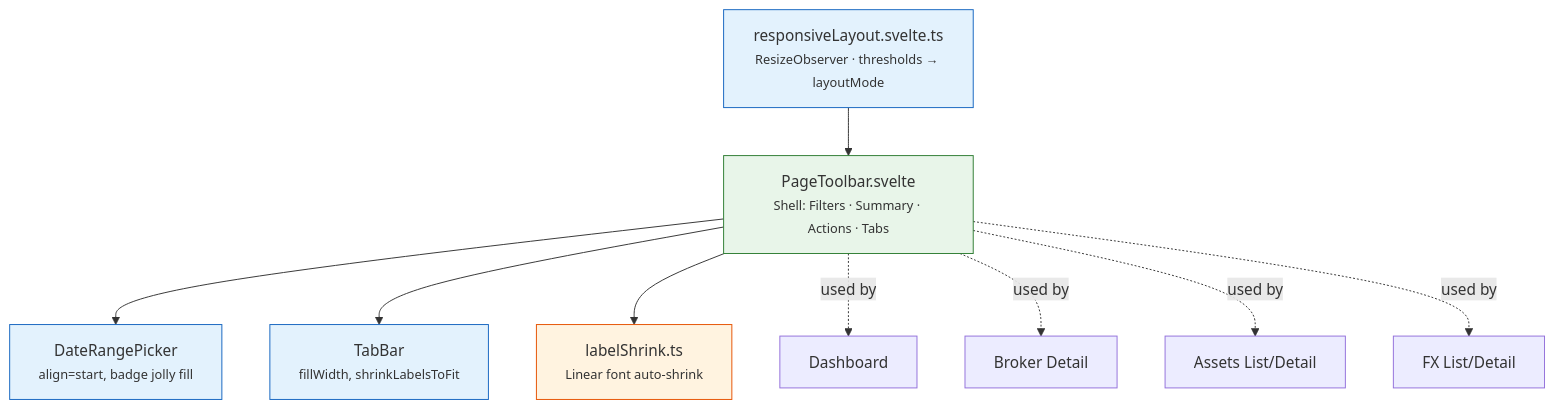
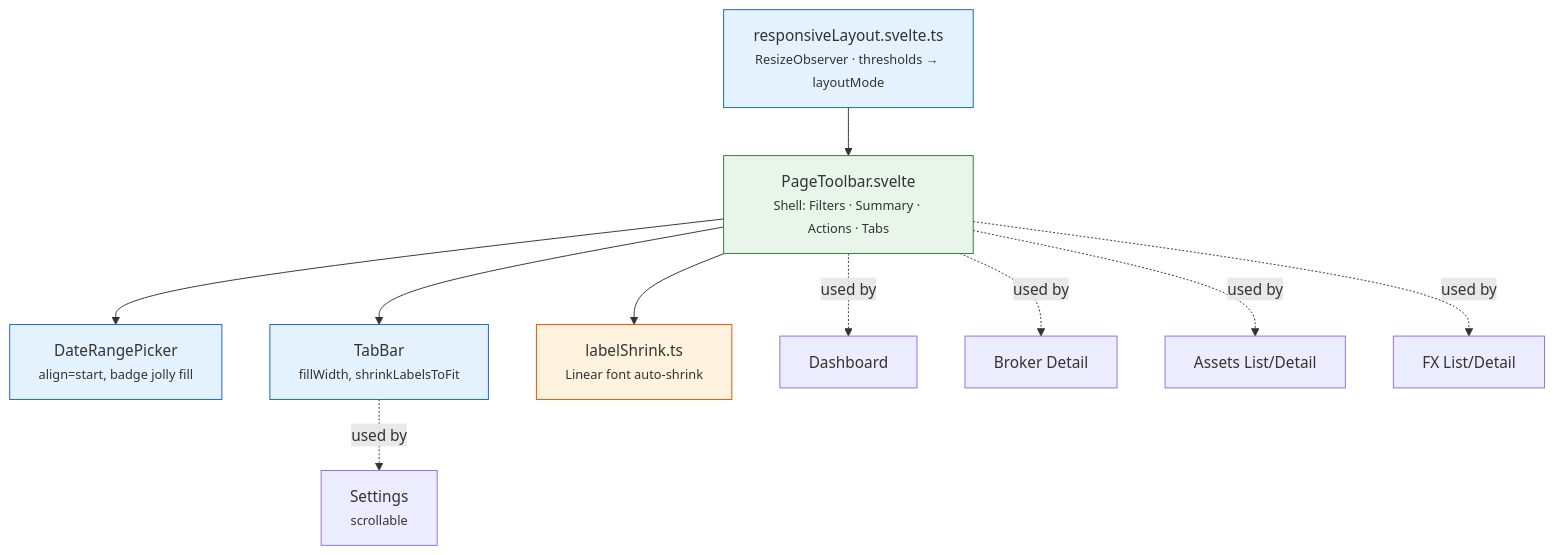
One commit to Librefolio/LibreFolio changed the diagram in mkdocs_src/docs/developer/frontend/components/core-ui/toolbar.md. Above: the diagram before and after it, drawn with Mermaid. The commit also changed other lines of this file and 1 other file, not shown here.

Commit message:
docs(dev): scrollable tab bar

````diff
--- a/mkdocs_src/docs/developer/frontend/components/core-ui/toolbar.md
+++ b/mkdocs_src/docs/developer/frontend/components/core-ui/toolbar.md
@@ -5,18 +5,19 @@
 ```mermaid
 graph TD
     RL["responsiveLayout.svelte.ts<br/><small>ResizeObserver · thresholds → layoutMode</small>"] --> PT["PageToolbar.svelte<br/><small>Shell: Filters · Summary · Actions · Tabs</small>"]
     PT --> DRP["DateRangePicker<br/><small>align=start, badge jolly fill</small>"]
     PT --> TB["TabBar<br/><small>fillWidth, shrinkLabelsToFit</small>"]
     PT --> LS["labelShrink.ts<br/><small>Linear font auto-shrink</small>"]
 
     PT -.->|used by| DASH["Dashboard"]
     PT -.->|used by| BD["Broker Detail"]
     PT -.->|used by| AL["Assets List/Detail"]
     PT -.->|used by| FX["FX List/Detail"]
+    TB -.->|used by| ST["Settings<br/><small>scrollable</small>"]
 
     style RL fill:#e3f2fd,stroke:#1565c0
     style PT fill:#e8f5e9,stroke:#2e7d32
     style DRP fill:#e3f2fd,stroke:#1565c0
     style TB fill:#e3f2fd,stroke:#1565c0
     style LS fill:#fff3e0,stroke:#e65100
 ```
````
